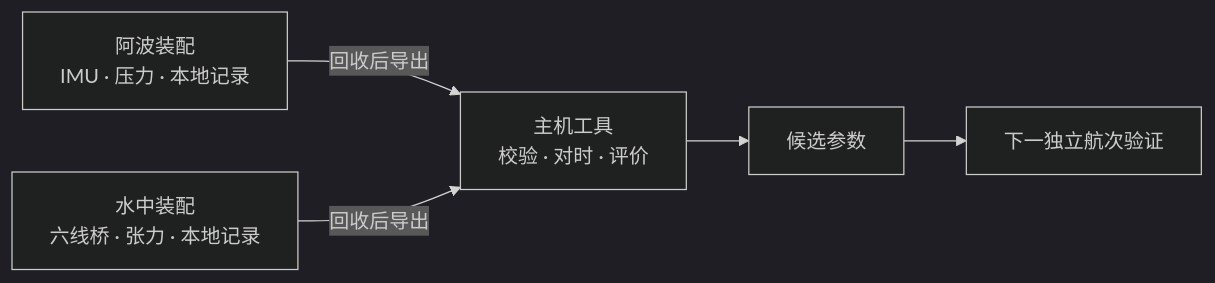
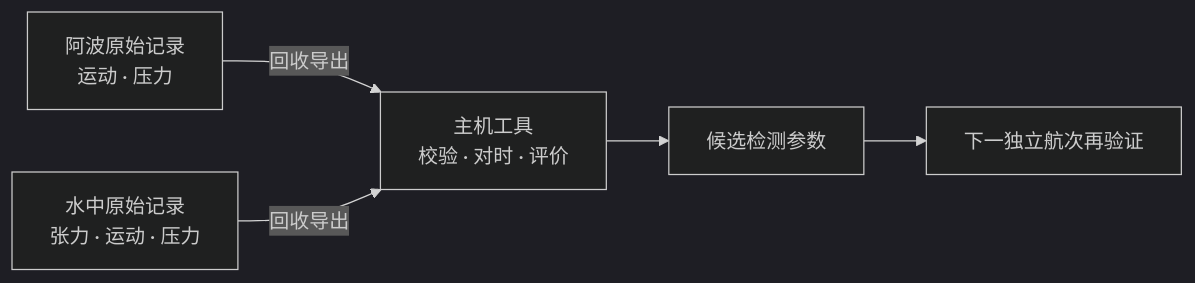
Before and after one commit to qsbird/smart-apo: the diagram in README.md, drawn with Mermaid (dark theme). The commit also changed other lines of this file, not shown here.

````diff
--- a/README.md
+++ b/README.md
@@ -30,7 +28,7 @@
 ```mermaid
 flowchart LR
-    A["阿波装配<br/>IMU · 压力 · 本地记录"] -->|回收后导出| H["主机工具<br/>校验 · 对时 · 评价"]
-    U["水中装配<br/>六线桥 · 张力 · 本地记录"] -->|回收后导出| H
-    H --> P["候选参数"]
-    P --> V["下一独立航次验证"]
+    A["阿波原始记录<br/>运动 · 压力"] -->|回收导出| H["主机工具<br/>校验 · 对时 · 评价"]
+    U["水中原始记录<br/>张力 · 运动 · 压力"] -->|回收导出| H
+    H --> P["候选检测参数"]
+    P --> V["下一独立航次再验证"]
 ```
````
